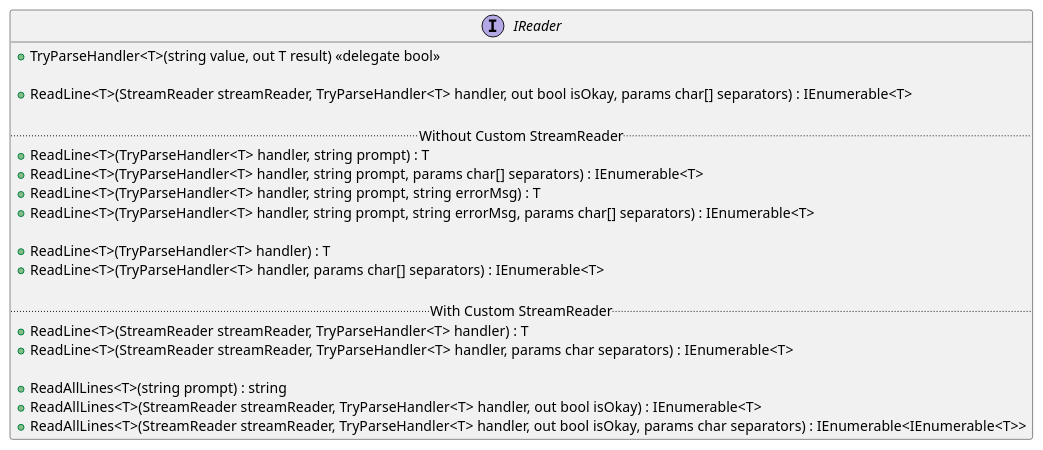
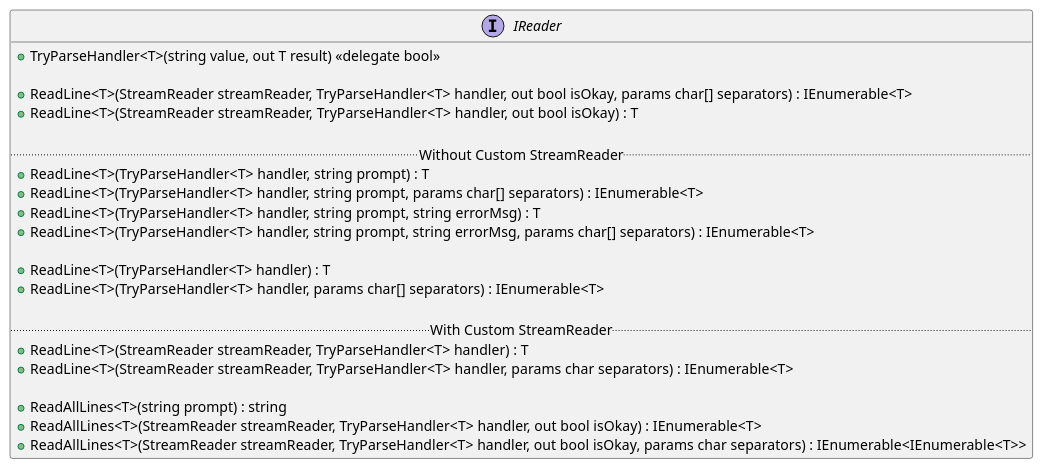
One commit to kougen/dotnet-core changed the diagram in uml/classes.puml. Above: the diagram before and after it, drawn with PlantUML. The commit also changed 6 other files, not shown here.

```diff
--- a/uml/classes.puml
+++ b/uml/classes.puml
@@ -1,26 +1,27 @@
 @startuml IO
 
 interface IReader{
     +TryParseHandler<T>(string value, out T result) <<delegate bool>>
 
     +ReadLine<T>(StreamReader streamReader, TryParseHandler<T> handler, out bool isOkay, params char[] separators) : IEnumerable<T> 
+    +ReadLine<T>(StreamReader streamReader, TryParseHandler<T> handler, out bool isOkay) : T
 
     .. Without Custom StreamReader ..
     +ReadLine<T>(TryParseHandler<T> handler, string prompt) : T
     +ReadLine<T>(TryParseHandler<T> handler, string prompt, params char[] separators) : IEnumerable<T>
     +ReadLine<T>(TryParseHandler<T> handler, string prompt, string errorMsg) : T
     +ReadLine<T>(TryParseHandler<T> handler, string prompt, string errorMsg, params char[] separators) : IEnumerable<T>
     
     +ReadLine<T>(TryParseHandler<T> handler) : T 
     +ReadLine<T>(TryParseHandler<T> handler, params char[] separators) : IEnumerable<T> 
 
     .. With Custom StreamReader ..
     +ReadLine<T>(StreamReader streamReader, TryParseHandler<T> handler) : T
     +ReadLine<T>(StreamReader streamReader, TryParseHandler<T> handler, params char separators) : IEnumerable<T>
 
     +ReadAllLines<T>(string prompt) : string
     +ReadAllLines<T>(StreamReader streamReader, TryParseHandler<T> handler, out bool isOkay) : IEnumerable<T>
     +ReadAllLines<T>(StreamReader streamReader, TryParseHandler<T> handler, out bool isOkay, params char separators) : IEnumerable<IEnumerable<T>>
 }
 
 @enduml
```
